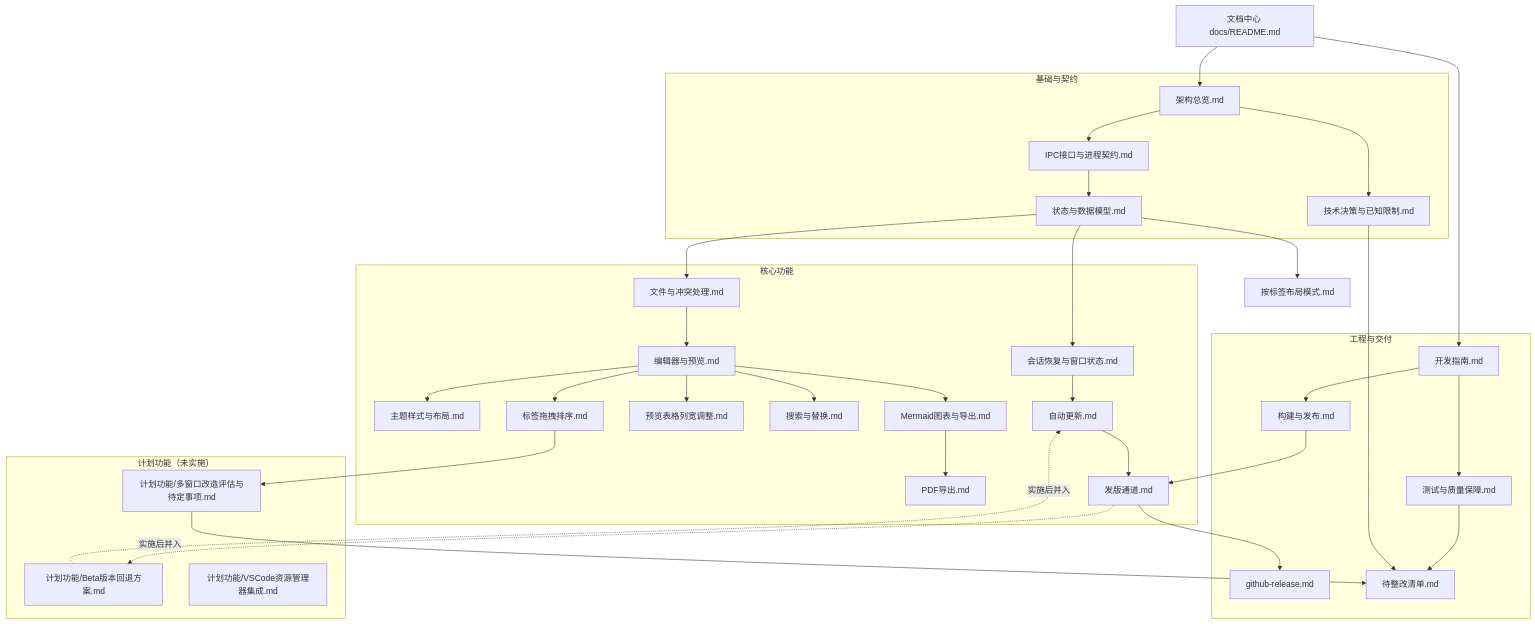
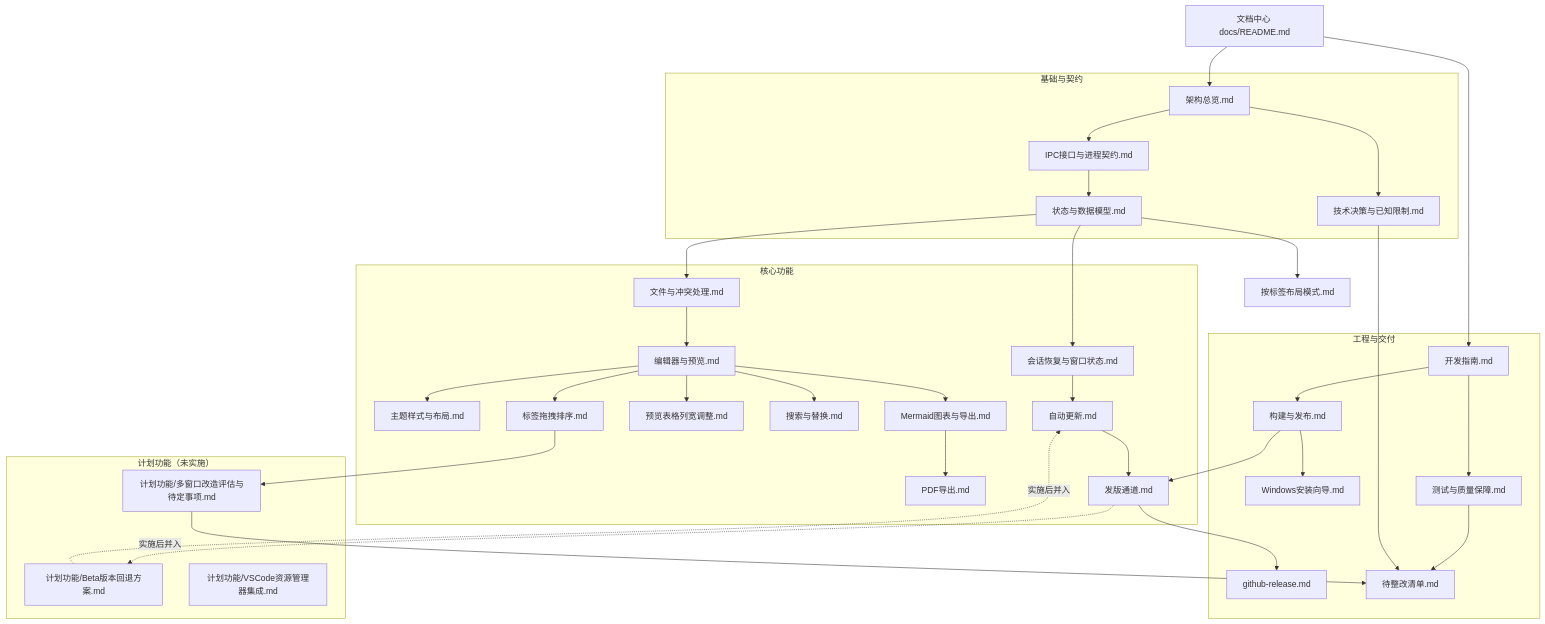
Before and after one commit to Harley-xk/mark-it: the diagram in docs/README.md, drawn with Mermaid. The commit also changed other lines of this file and 6 other files, not shown here.

First line of the commit message:
build(installer): Windows 安装包改为交互式向导，支持选择安装路径与快捷方式

````diff
--- a/docs/README.md
+++ b/docs/README.md
@@ -14,67 +14,69 @@
 ```mermaid
 flowchart TD
   IDX["文档中心 docs/README.md"]
 
   subgraph 基础与契约
     ARCH["架构总览.md"]
     DEC["技术决策与已知限制.md"]
     IPC["IPC接口与进程契约.md"]
     DATA["状态与数据模型.md"]
   end
 
   subgraph 核心功能
     FILE["文件与冲突处理.md"]
     SESSION["会话恢复与窗口状态.md"]
     EDIT["编辑器与预览.md"]
     THEME["主题样式与布局.md"]
     MERMAID["Mermaid图表与导出.md"]
     PDF["PDF导出.md"]
     TABLE["预览表格列宽调整.md"]
     SEARCH["搜索与替换.md"]
     TABORDER["标签拖拽排序.md"]
     UPDATE["自动更新.md"]
     CHANNEL["发版通道.md"]
   end
 
   subgraph 工程与交付
     BUILD["构建与发布.md"]
+    INSTALLER["Windows安装向导.md"]
     RELEASE["github-release.md"]
     DEV["开发指南.md"]
     QA["测试与质量保障.md"]
     TODO["待整改清单.md"]
   end
 
   subgraph PLANNED["计划功能（未实施）"]
     MULTI["计划功能/多窗口改造评估与待定事项.md"]
     ROLLBACK["计划功能/Beta版本回退方案.md"]
     VSCODE["计划功能/VSCode资源管理器集成.md"]
   end
 
   IDX --> ARCH
   IDX --> DEV
   ARCH --> DEC
   ARCH --> IPC
   IPC --> DATA
   DATA --> FILE
   DATA --> SESSION
   DATA --> LAYOUT["按标签布局模式.md"]
   FILE --> EDIT
   EDIT --> THEME
   EDIT --> MERMAID
   EDIT --> TABLE
   EDIT --> SEARCH
   EDIT --> TABORDER
   MERMAID --> PDF
   SESSION --> UPDATE
   UPDATE --> CHANNEL
   DEV --> QA
   DEV --> BUILD
+  BUILD --> INSTALLER
   BUILD --> CHANNEL
   CHANNEL --> RELEASE
   QA --> TODO
   DEC --> TODO
   TABORDER --> MULTI
   MULTI --> TODO
   CHANNEL -. "实施后并入" .-> ROLLBACK
   ROLLBACK -. "实施后并入" .-> UPDATE
 ```
````
